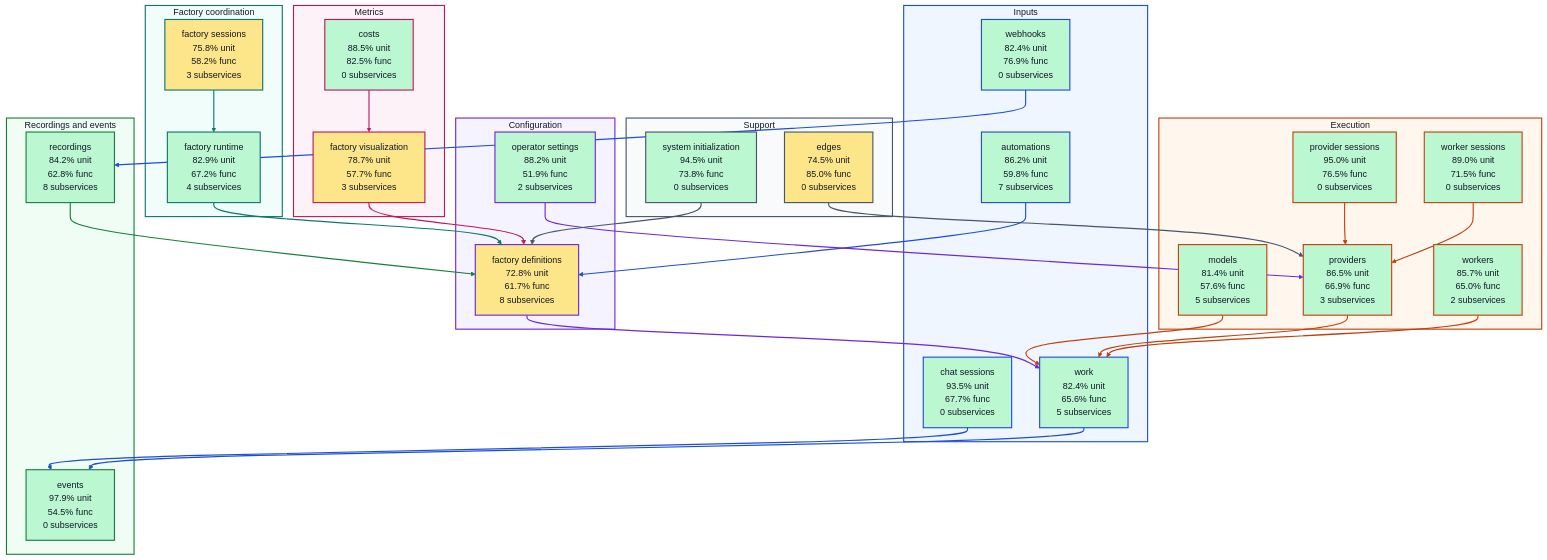
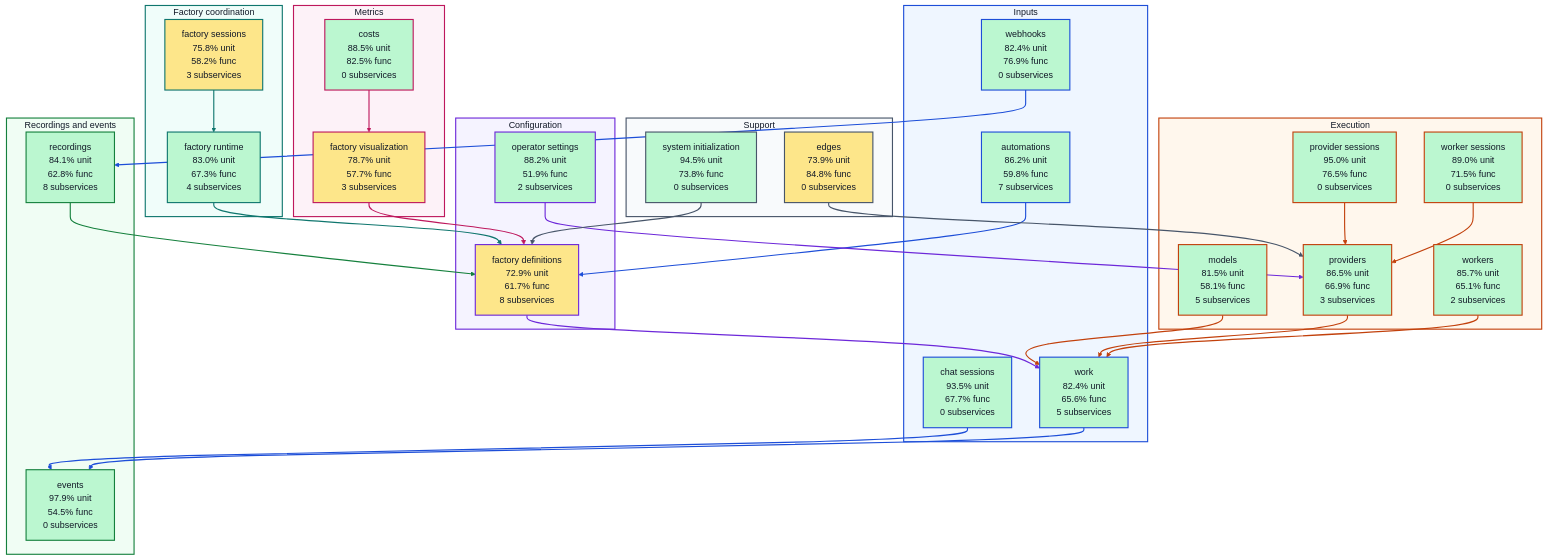
The diagram in docs/architecture/visualizations/high-level-test-coverage.md (portpowered/you-agent-factory), drawn with Mermaid before and after one commit. The commit also changed other lines of this file and 20 other files, not shown here.

Commit message:
docs: refresh backend architecture visualizations

```diff
--- a/docs/architecture/visualizations/high-level-test-coverage.md
+++ b/docs/architecture/visualizations/high-level-test-coverage.md
@@ -17,30 +17,30 @@
     s_services_work["work<br/>82.4% unit<br/>65.6% func<br/>5 subservices"]
   end
   subgraph configuration["Configuration"]
-    s_services_factory_definitions["factory definitions<br/>72.8% unit<br/>61.7% func<br/>8 subservices"]
+    s_services_factory_definitions["factory definitions<br/>72.9% unit<br/>61.7% func<br/>8 subservices"]
     s_services_operator_settings["operator settings<br/>88.2% unit<br/>51.9% func<br/>2 subservices"]
   end
   subgraph coordination["Factory coordination"]
-    s_services_factory_runtime["factory runtime<br/>82.9% unit<br/>67.2% func<br/>4 subservices"]
+    s_services_factory_runtime["factory runtime<br/>83.0% unit<br/>67.3% func<br/>4 subservices"]
     s_services_factory_sessions["factory sessions<br/>75.8% unit<br/>58.2% func<br/>3 subservices"]
   end
   subgraph execution["Execution"]
-    s_services_models["models<br/>81.4% unit<br/>57.6% func<br/>5 subservices"]
+    s_services_models["models<br/>81.5% unit<br/>58.1% func<br/>5 subservices"]
     s_services_provider_sessions["provider sessions<br/>95.0% unit<br/>76.5% func<br/>0 subservices"]
     s_services_providers["providers<br/>86.5% unit<br/>66.9% func<br/>3 subservices"]
     s_services_worker_sessions["worker sessions<br/>89.0% unit<br/>71.5% func<br/>0 subservices"]
-    s_services_workers["workers<br/>85.7% unit<br/>65.0% func<br/>2 subservices"]
+    s_services_workers["workers<br/>85.7% unit<br/>65.1% func<br/>2 subservices"]
   end
   subgraph recordings["Recordings and events"]
     s_services_events["events<br/>97.9% unit<br/>54.5% func<br/>0 subservices"]
-    s_services_recordings["recordings<br/>84.2% unit<br/>62.8% func<br/>8 subservices"]
+    s_services_recordings["recordings<br/>84.1% unit<br/>62.8% func<br/>8 subservices"]
   end
   subgraph metrics["Metrics"]
     s_services_costs["costs<br/>88.5% unit<br/>82.5% func<br/>0 subservices"]
     s_services_factory_visualization["factory visualization<br/>78.7% unit<br/>57.7% func<br/>3 subservices"]
   end
   subgraph support["Support"]
-    s_services_edges["edges<br/>74.5% unit<br/>85.0% func<br/>0 subservices"]
+    s_services_edges["edges<br/>73.9% unit<br/>84.8% func<br/>0 subservices"]
     s_services_system_initialization["system initialization<br/>94.5% unit<br/>73.8% func<br/>0 subservices"]
   end
   s_services_automations --> s_services_factory_definitions
```
